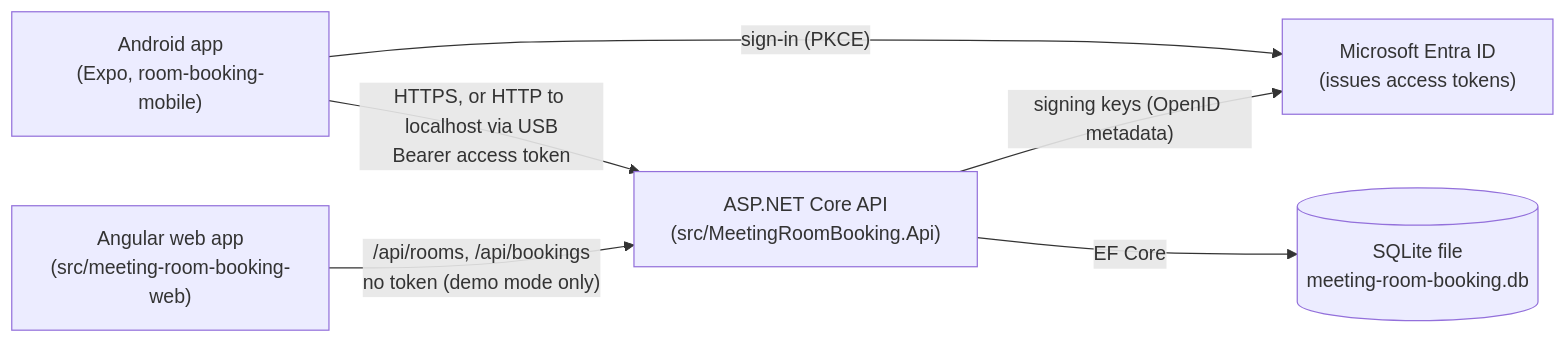
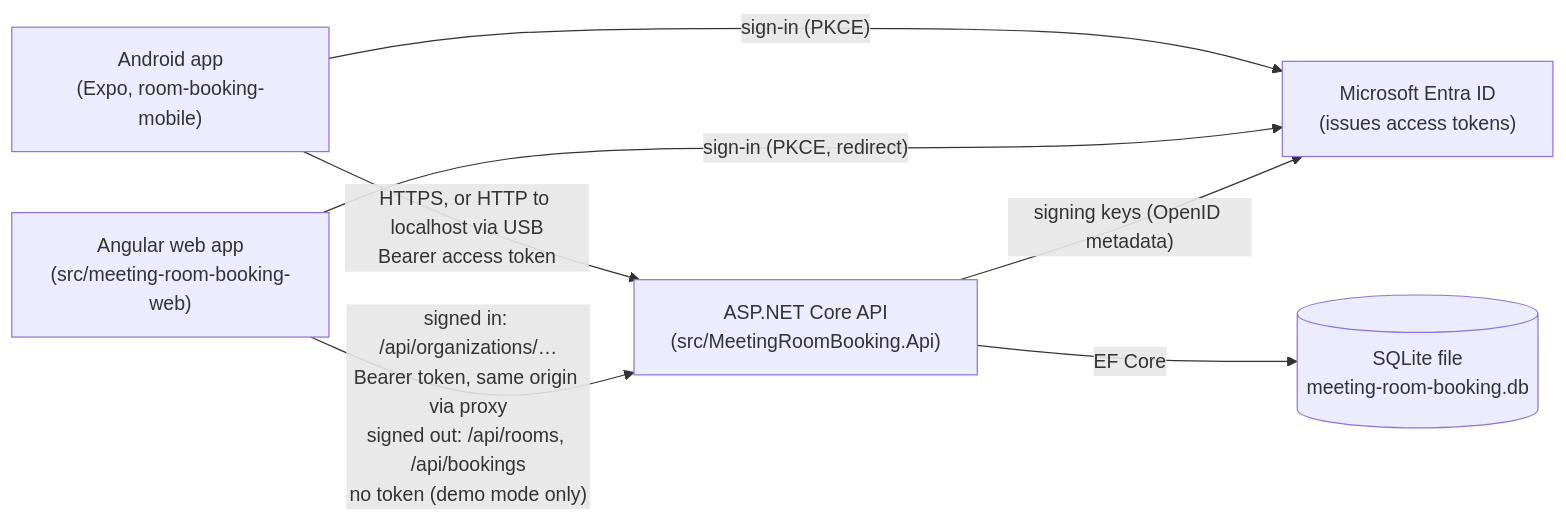
The first of 2 diagrams in docs/PROJECT_WALKTHROUGH.md (kris7011/meeting-room-booking), drawn with Mermaid before and after one commit. The commit also changed other lines of this file and 25 other files, not shown here.

First line of the commit message:
feat(web): Microsoft sign-in and organisation bookings in the Angular client

````diff
--- a/docs/PROJECT_WALKTHROUGH.md
+++ b/docs/PROJECT_WALKTHROUGH.md
@@ -30,14 +30,15 @@
 ```mermaid
 flowchart LR
     phone["Android app<br/>(Expo, room-booking-mobile)"]
     web["Angular web app<br/>(src/meeting-room-booking-web)"]
     entra["Microsoft Entra ID<br/>(issues access tokens)"]
     api["ASP.NET Core API<br/>(src/MeetingRoomBooking.Api)"]
     db[("SQLite file<br/>meeting-room-booking.db")]
 
     phone -- "sign-in (PKCE)" --> entra
     phone -- "HTTPS, or HTTP to localhost via USB<br/>Bearer access token" --> api
-    web -- "/api/rooms, /api/bookings<br/>no token (demo mode only)" --> api
+    web -- "sign-in (PKCE, redirect)" --> entra
+    web -- "signed in: /api/organizations/…<br/>Bearer token, same origin via proxy<br/>signed out: /api/rooms, /api/bookings<br/>no token (demo mode only)" --> api
     api -- "signing keys (OpenID metadata)" --> entra
     api -- "EF Core" --> db
 ```
````
